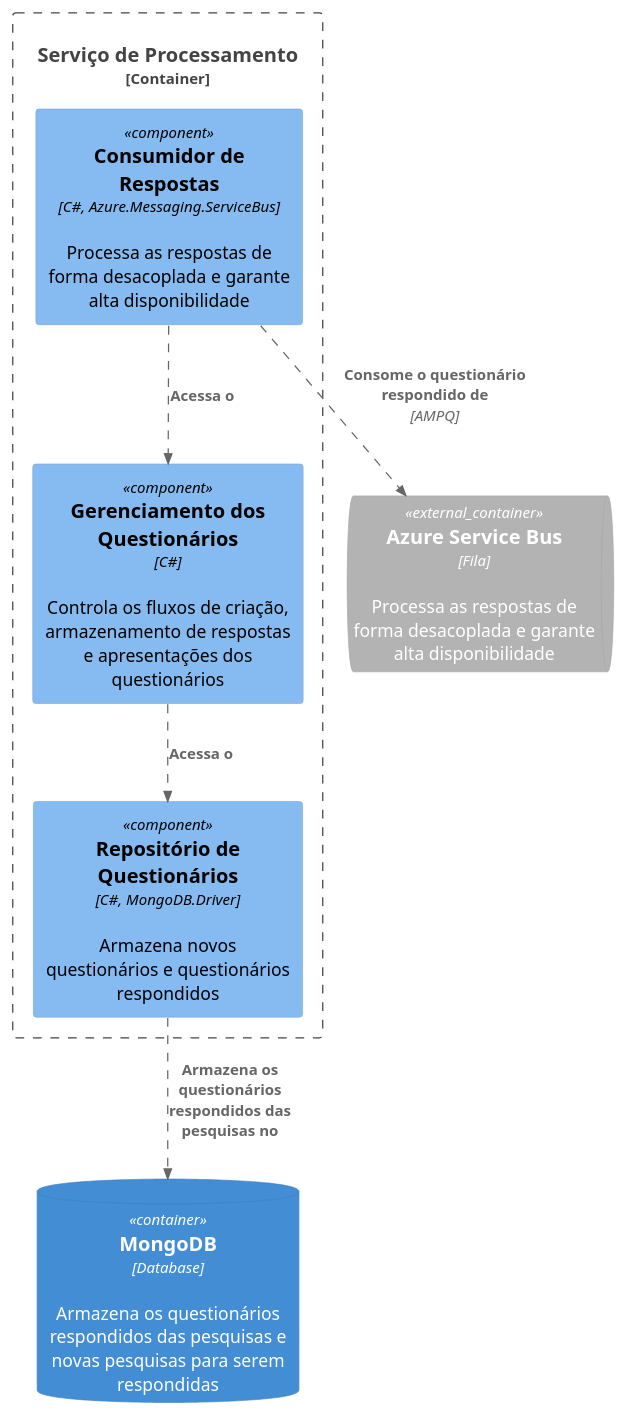
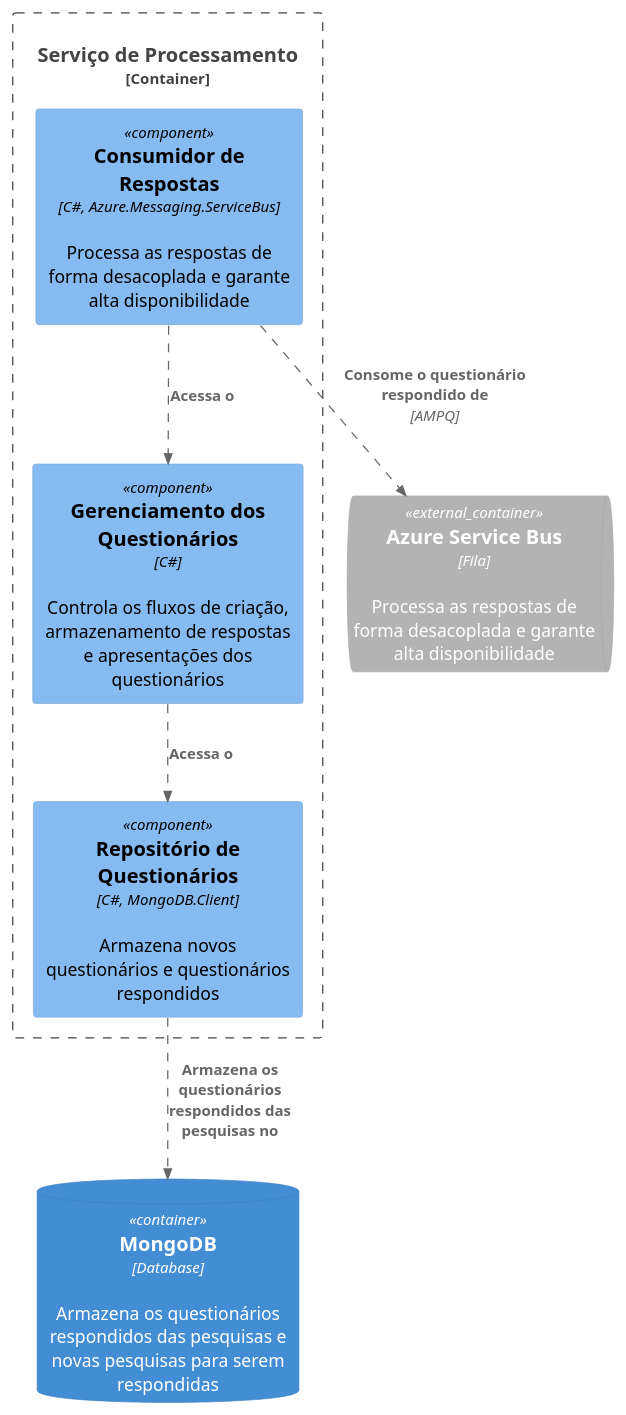
One commit to silviobassi/PesquisaPublica.Documents changed the diagram in C4Architecture/C3ServicoProcessamento.puml. Above: the diagram before and after it, drawn with PlantUML. The commit also changed 1 other file, not shown here.

```diff
--- a/C4Architecture/C3ServicoProcessamento.puml
+++ b/C4Architecture/C3ServicoProcessamento.puml
@@ -1,20 +1,20 @@
 @startuml
 !include https://raw.githubusercontent.com/plantuml-stdlib/C4-PlantUML/master/C4_Component.puml
 AddRelTag("async", $lineStyle = DashedLine())
 
 ContainerDb( mongodb, "MongoDB", "Database", "Armazena os questionários respondidos das pesquisas e novas pesquisas para serem respondidas")
 
 ContainerQueue_Ext( servicebus, "Azure Service Bus", "Fila", "Processa as respostas de forma desacoplada e garante alta disponibilidade")
 
 Container_Boundary(ServProcessamento, "Serviço de Processamento") {
     Component(repoQuestionario, "Repositório de Questionários", "C#, MongoDB.Driver", "Armazena novos questionários e questionários respondidos")
     Component(servConsumer, "Consumidor de Respostas", "C#, Azure.Messaging.ServiceBus", "Processa as respostas de forma desacoplada e garante alta disponibilidade")
     Component(servQuestionario,"Gerenciamento dos Questionários","C#", "Controla os fluxos de criação, armazenamento de respostas e apresentações dos questionários")
-    Component(repoQuestionario, "Repositório de Questionários", "C#, MongoDB.Driver", "Armazena novos questionários e questionários respondidos")
+    Component(repoQuestionario, "Repositório de Questionários", "C#, MongoDB.Client", "Armazena novos questionários e questionários respondidos")
 }
 
 Rel(repoQuestionario, mongodb, "Armazena os questionários respondidos das pesquisas no", $tags="async")
 Rel(servConsumer, servicebus, "Consome o questionário respondido de", "AMPQ", $tags="async")
 Rel(servConsumer, servQuestionario,"Acessa o", $tags="async")
 Rel(servQuestionario, repoQuestionario, "Acessa o", $tags="async")
 @enduml
```
